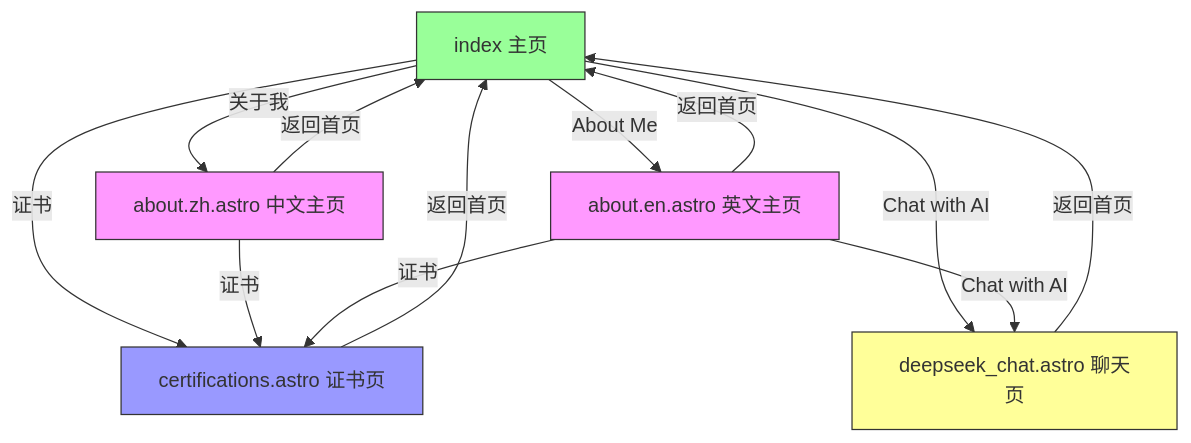
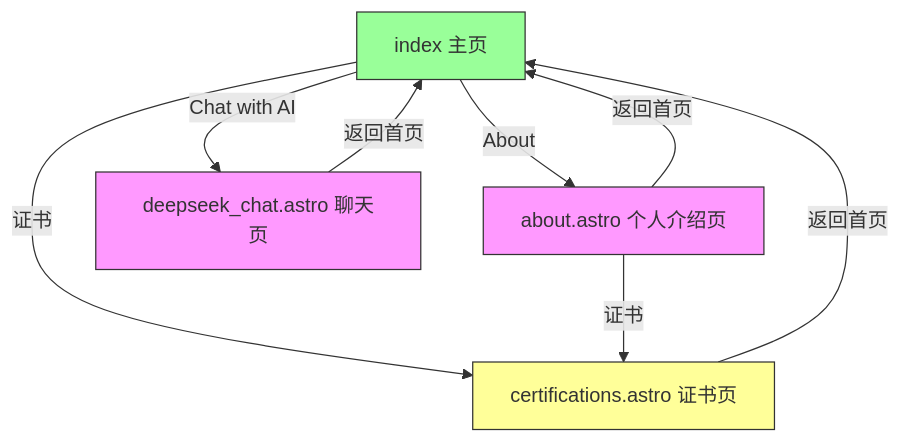
One commit to RendaZhang/rendazhang changed the second of 2 diagrams in public/README.md. Above: the diagram before and after it, drawn with Mermaid. The commit also changed other lines of this file and 9 other files, not shown here.

````diff
--- a/public/README.md
+++ b/public/README.md
@@ -193,20 +191,15 @@
 ```mermaid
 flowchart TD
-    A[index 主页] -->|关于我| B[about.zh.astro 中文主页]
-    A -->|About Me| C[about.en.astro 英文主页]
-    A -->|Chat with AI| D[deepseek_chat.astro 聊天页]
-    A -->|证书| E[certifications.astro 证书页]
+    A[index 主页] -->|About| B[about.astro 个人介绍页]
+    A -->|Chat with AI| C[deepseek_chat.astro 聊天页]
+    A -->|证书| D[certifications.astro 证书页]
     B -->|返回首页| A
-    B -->|证书| E
+    B -->|证书| D
     C -->|返回首页| A
-    C -->|证书| E
-    C -->|Chat with AI| D
     D -->|返回首页| A
-    E -->|返回首页| A
 
     style A fill:#9f9,stroke:#333
     style B fill:#f9f,stroke:#333
     style C fill:#f9f,stroke:#333
     style D fill:#ff9,stroke:#333
-    style E fill:#99f,stroke:#333
 ```
````
